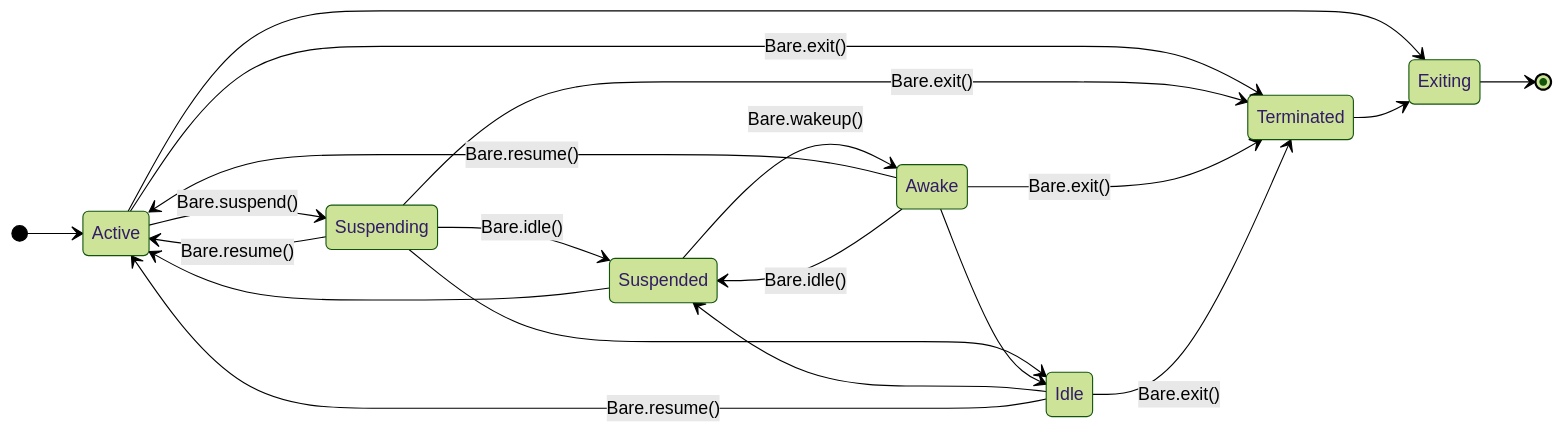
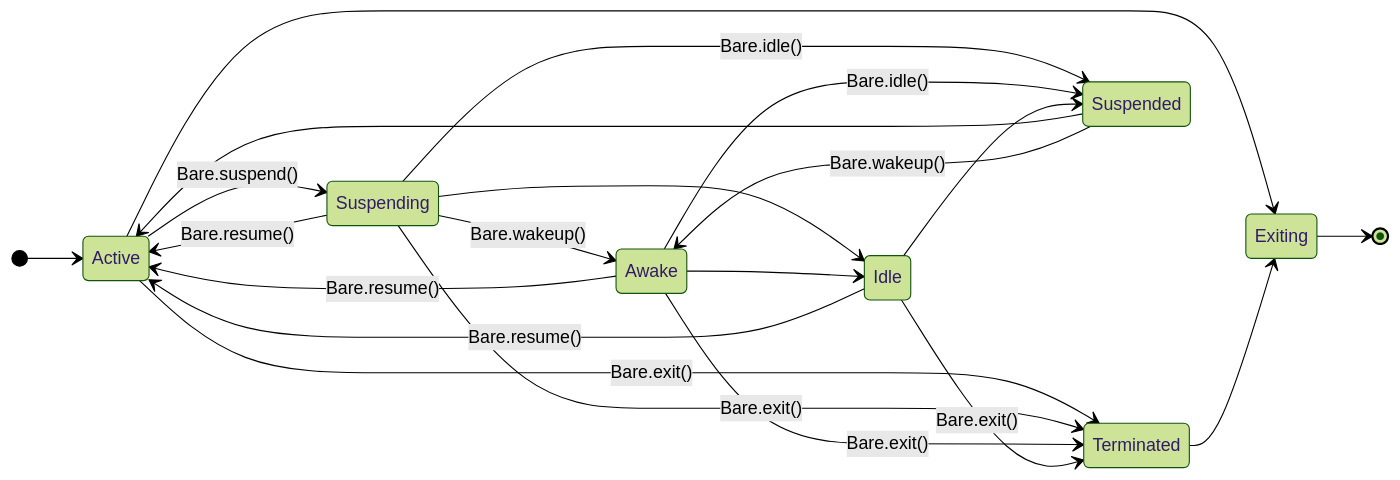
The diagram in README.md (holepunchto/bare), drawn with Mermaid (forest theme) before and after one commit. The commit also changed 13 other files, not shown here.

Commit message:
Allow `Bare.wakeup()` while suspending (#96)

````diff
--- a/README.md
+++ b/README.md
@@ -165,23 +165,24 @@
 ```mermaid
 stateDiagram
   direction LR
   [*] --> Active
   Active --> Suspending: Bare.suspend()
   Active --> Terminated: Bare.exit()
   Active --> Exiting
   Suspending --> Active: Bare.resume()
+  Suspending --> Awake: Bare.wakeup()
   Suspending --> Suspended: Bare.idle()
   Suspending --> Terminated: Bare.exit()
   Suspending --> Idle
   Awake --> Active: Bare.resume()
   Awake --> Suspended: Bare.idle()
   Awake --> Terminated: Bare.exit()
   Awake --> Idle
   Idle --> Suspended
   Idle --> Active: Bare.resume()
   Idle --> Terminated: Bare.exit()
   Suspended --> Active
   Suspended --> Awake: Bare.wakeup()
   Terminated --> Exiting
   Exiting --> [*]
 ```
````
